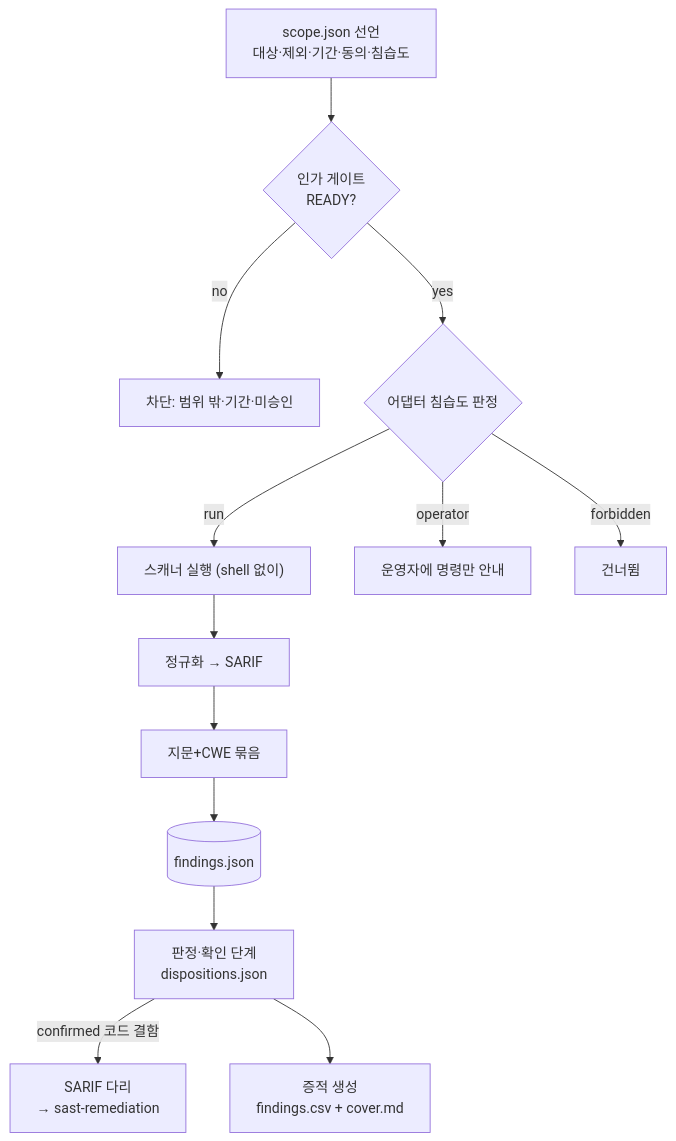
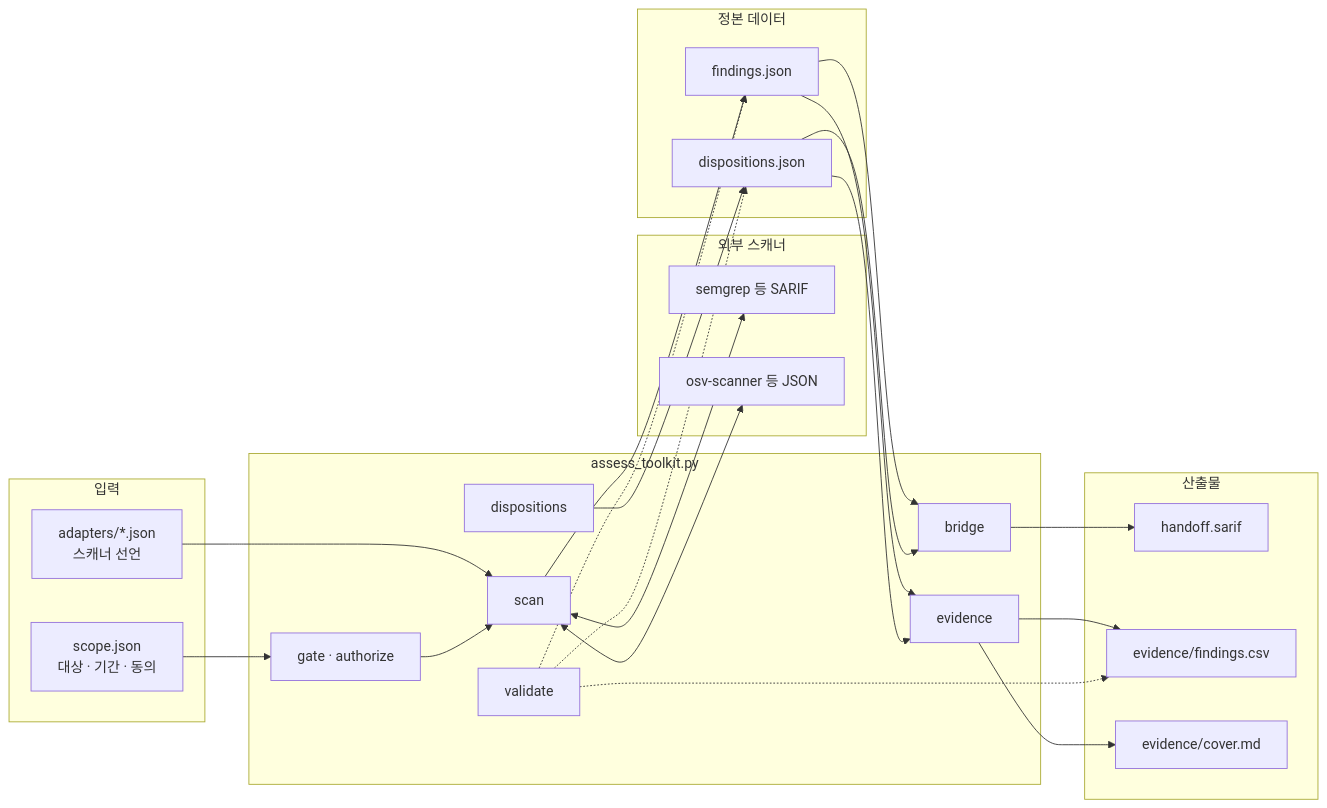
Before and after one commit to seo0tak/agent-skills: the first of 2 diagrams in plugins/security-assessment/skills/security-assessment/toolkit/docs/HOW_IT_WORKS.md, drawn with Mermaid. The commit also changed other lines of this file and 28 other files, not shown here.

First line of the commit message:
docs: 스킬별 흐름도·구조도로 재구성, 사용자 문서의 대화·날짜 흔적 제거

````diff
--- a/plugins/security-assessment/skills/security-assessment/toolkit/docs/HOW_IT_WORKS.md
+++ b/plugins/security-assessment/skills/security-assessment/toolkit/docs/HOW_IT_WORKS.md
@@ -8,15 +12,45 @@
 ```mermaid
-flowchart TD
-  scope["scope.json 선언<br/>대상·제외·기간·동의·침습도"] --> gate{"인가 게이트<br/>READY?"}
-  gate -- "no" --> blocked["차단: 범위 밖·기간·미승인"]
-  gate -- "yes" --> decide{"어댑터 침습도 판정"}
-  decide -- "run" --> exec["스캐너 실행 (shell 없이)"]
-  decide -- "operator" --> instruct["운영자에 명령만 안내"]
-  decide -- "forbidden" --> skip["건너뜀"]
-  exec --> norm["정규화 → SARIF"]
-  norm --> merge["지문+CWE 묶음"]
-  merge --> findings[("findings.json")]
-  findings --> disp["판정·확인 단계<br/>dispositions.json"]
-  disp -- "confirmed 코드 결함" --> bridge["SARIF 다리<br/>→ sast-remediation"]
-  disp --> evidence["증적 생성<br/>findings.csv + cover.md"]
+flowchart LR
+  subgraph IN["입력"]
+    scope["scope.json<br/>대상 · 기간 · 동의"]
+    adapters["adapters/*.json<br/>스캐너 선언"]
+  end
+  subgraph TOOL["assess_toolkit.py"]
+    gate["gate · authorize"]
+    scan["scan"]
+    disp["dispositions"]
+    bridge["bridge"]
+    ev["evidence"]
+    val["validate"]
+  end
+  subgraph EXT["외부 스캐너"]
+    s1["semgrep 등 SARIF"]
+    s2["osv-scanner 등 JSON"]
+  end
+  subgraph DATA["정본 데이터"]
+    f["findings.json"]
+    d["dispositions.json"]
+  end
+  subgraph OUT["산출물"]
+    h["handoff.sarif"]
+    csv["evidence/findings.csv"]
+    cover["evidence/cover.md"]
+  end
+  scope --> gate
+  adapters --> scan
+  gate --> scan
+  scan <--> s1
+  scan <--> s2
+  scan --> f
+  disp --> d
+  f --> bridge
+  d --> bridge
+  bridge --> h
+  f --> ev
+  d --> ev
+  ev --> csv
+  ev --> cover
+  val -.-> f
+  val -.-> d
+  val -.-> csv
 ```
````
